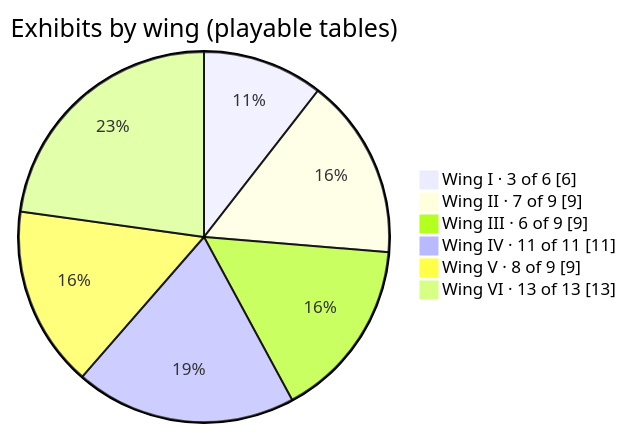
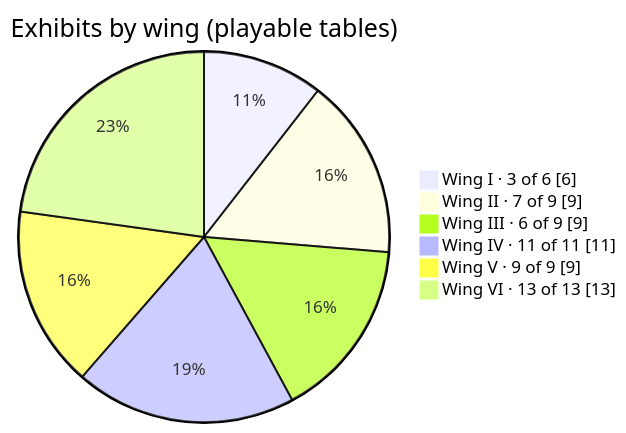
One commit to CptNope/Librarium-Archives changed the first of 8 diagrams in docs/exhibits.md. Above: the diagram before and after it, drawn with Mermaid. The commit also changed other lines of this file and 14 other files, not shown here.

````diff
--- a/docs/exhibits.md
+++ b/docs/exhibits.md
@@ -7,10 +7,10 @@
 ```mermaid
 pie showData
     title Exhibits by wing (playable tables)
     "Wing I · 3 of 6" : 6
     "Wing II · 7 of 9" : 9
     "Wing III · 6 of 9" : 9
     "Wing IV · 11 of 11" : 11
-    "Wing V · 8 of 9" : 9
+    "Wing V · 9 of 9" : 9
     "Wing VI · 13 of 13" : 13
 ```
````
